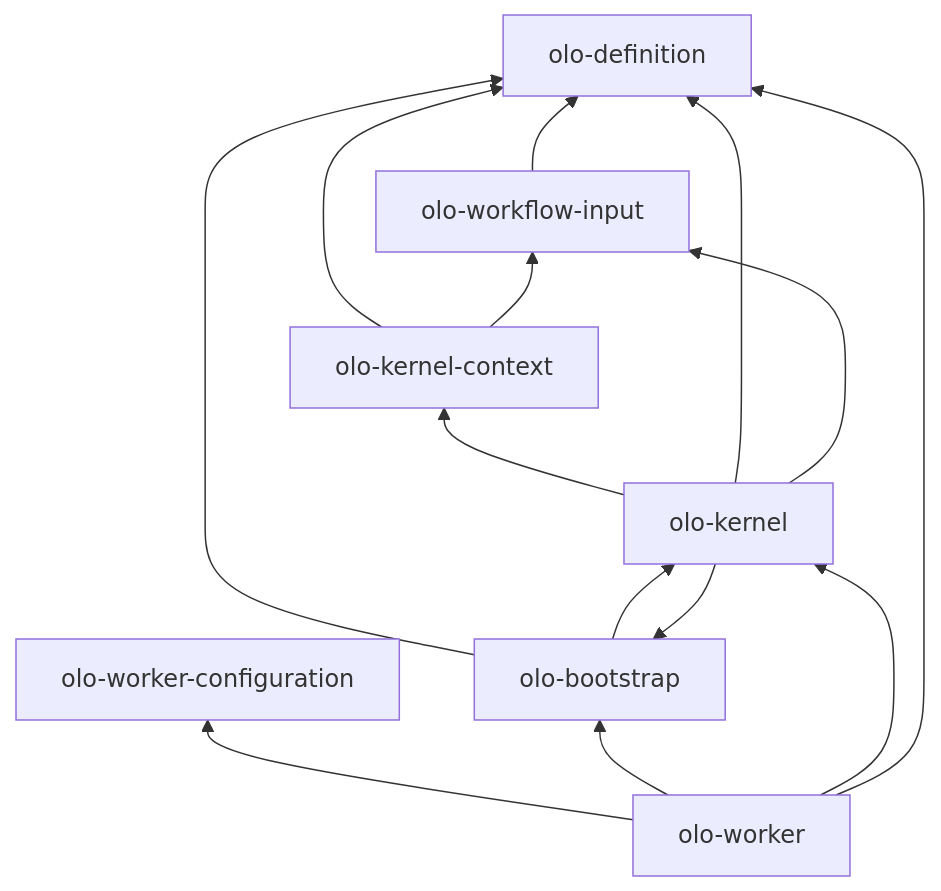
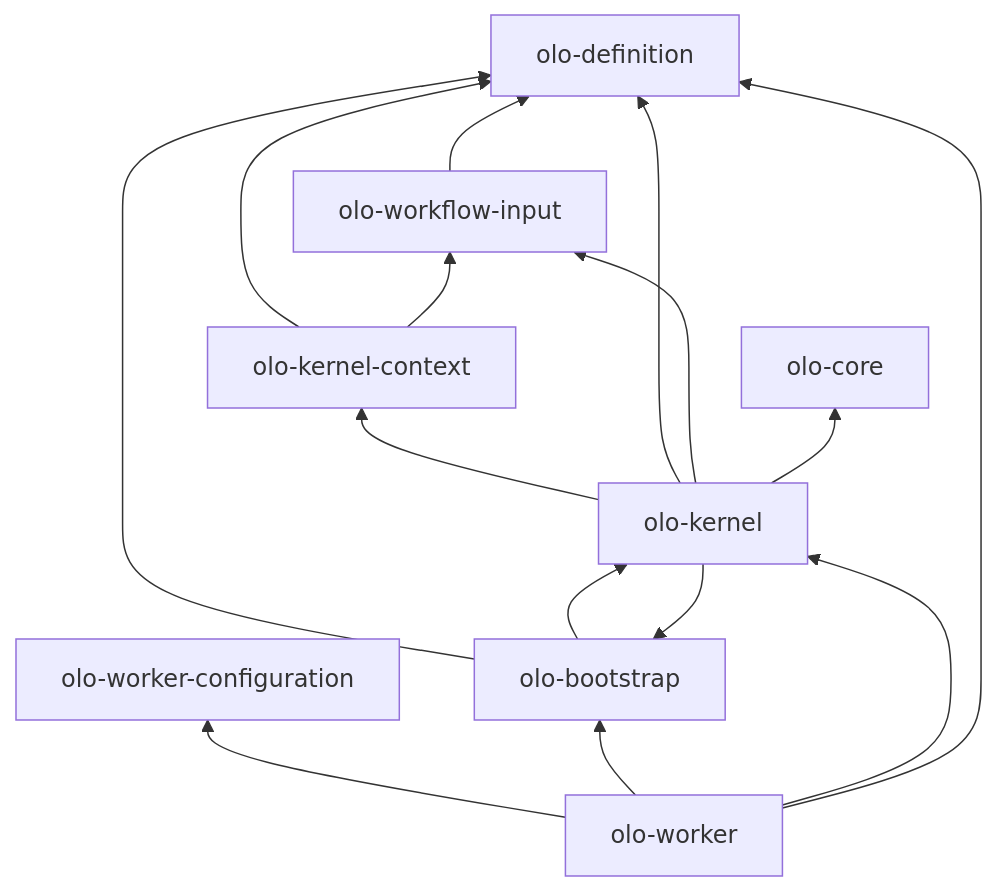
The diagram in docs/MODULES.md (olo-labs/olo-mono), drawn with Mermaid before and after one commit. The commit also changed other lines of this file and 74 other files, not shown here.

````diff
--- a/docs/MODULES.md
+++ b/docs/MODULES.md
@@ -26,24 +26,26 @@
 ```mermaid
 flowchart BT
     OD[olo-definition]
     OWI[olo-workflow-input]
     OWC[olo-worker-configuration]
     OB[olo-bootstrap]
     OKC[olo-kernel-context]
+    OC[olo-core]
     OK[olo-kernel]
     OW[olo-worker]
 
     OWI --> OD
     OB --> OD
     OKC --> OD
     OKC --> OWI
     OB --> OK
     OK --> OKC
     OK --> OB
     OK --> OD
     OK --> OWI
+    OK --> OC
     OW --> OWC
     OW --> OB
     OW --> OK
     OW --> OD
 ```
````
